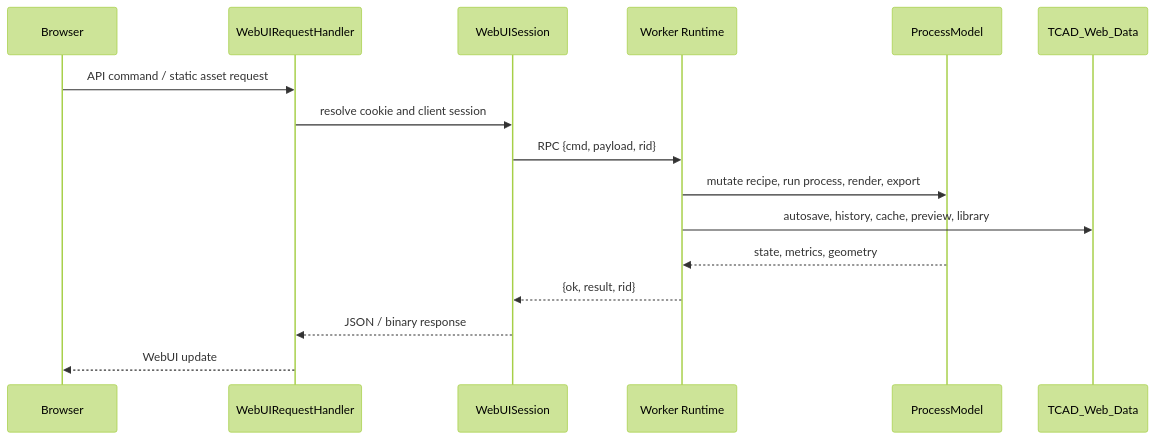
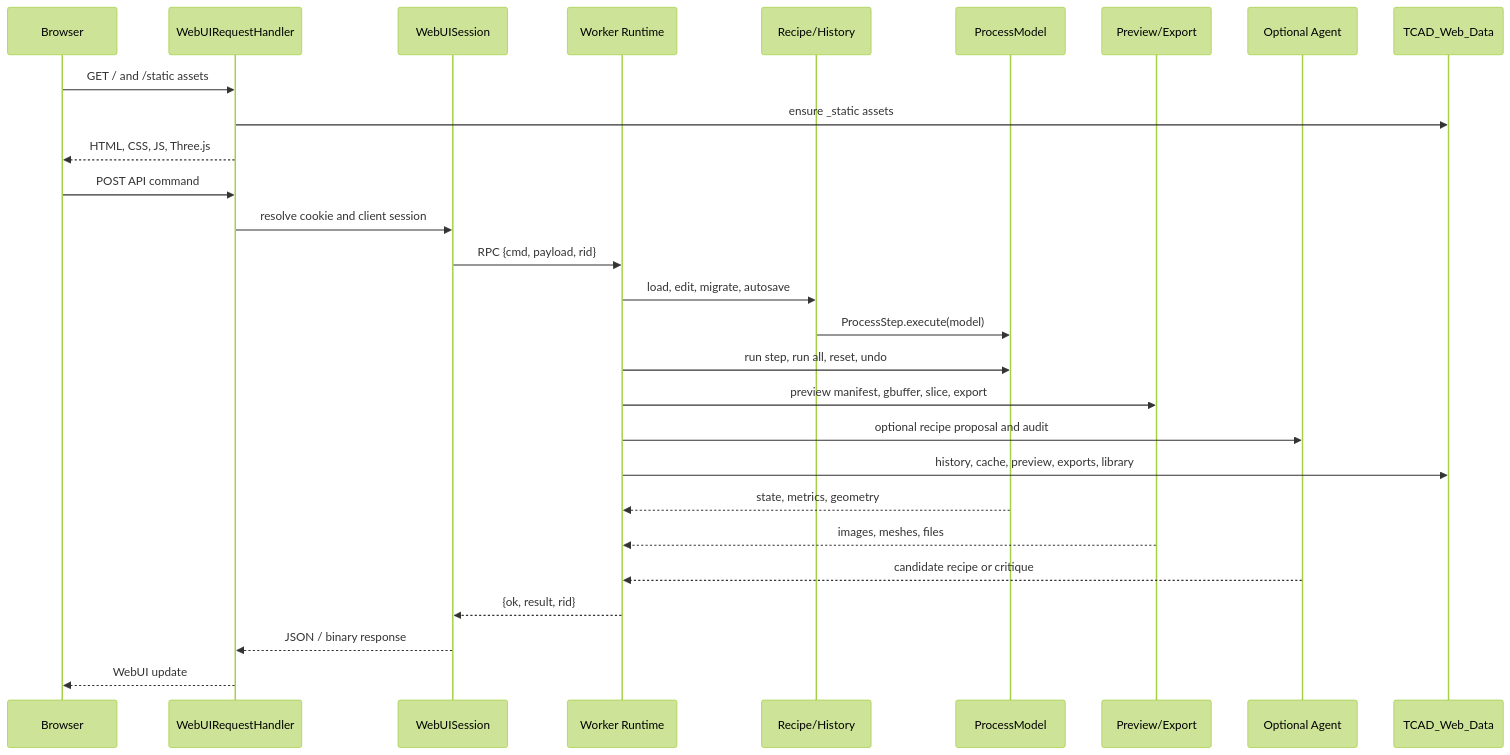
The fourth of 5 diagrams in README.md (FonaTech/TCAD-Simulator), drawn with Mermaid (forest theme) before and after one commit. The commit also changed other lines of this file, not shown here.

````diff
--- a/README.md
+++ b/README.md
@@ -139,19 +286,31 @@
 ```mermaid
 sequenceDiagram
     participant Browser
     participant HTTP as WebUIRequestHandler
     participant Session as WebUISession
     participant Worker as Worker Runtime
+    participant Recipe as Recipe/History
     participant Model as ProcessModel
+    participant Render as Preview/Export
+    participant Agent as Optional Agent
     participant Store as TCAD_Web_Data
 
-    Browser->>HTTP: API command / static asset request
+    Browser->>HTTP: GET / and /static assets
+    HTTP->>Store: ensure _static assets
+    HTTP-->>Browser: HTML, CSS, JS, Three.js
+    Browser->>HTTP: POST API command
     HTTP->>Session: resolve cookie and client session
     Session->>Worker: RPC {cmd, payload, rid}
-    Worker->>Model: mutate recipe, run process, render, export
-    Worker->>Store: autosave, history, cache, preview, library
+    Worker->>Recipe: load, edit, migrate, autosave
+    Recipe->>Model: ProcessStep.execute(model)
+    Worker->>Model: run step, run all, reset, undo
+    Worker->>Render: preview manifest, gbuffer, slice, export
+    Worker->>Agent: optional recipe proposal and audit
+    Worker->>Store: history, cache, preview, exports, library
     Model-->>Worker: state, metrics, geometry
+    Render-->>Worker: images, meshes, files
+    Agent-->>Worker: candidate recipe or critique
     Worker-->>Session: {ok, result, rid}
     Session-->>HTTP: JSON / binary response
     HTTP-->>Browser: WebUI update
 ```
````
